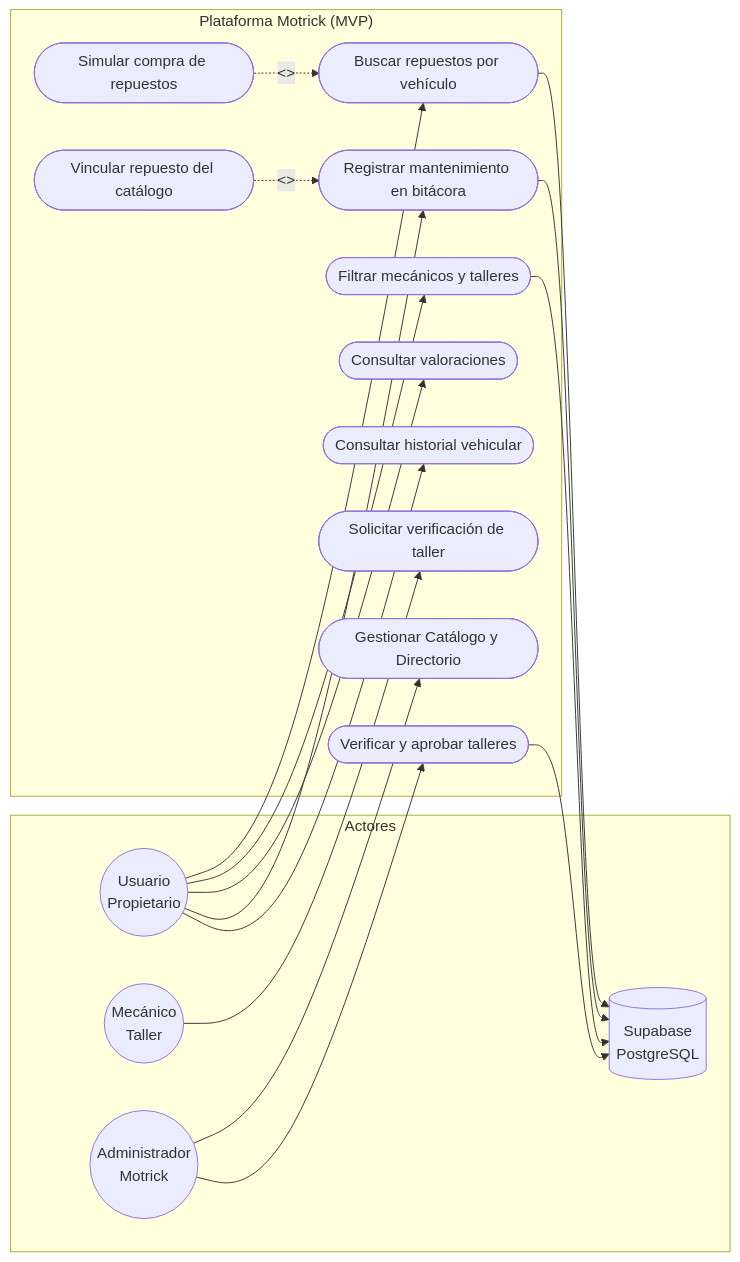
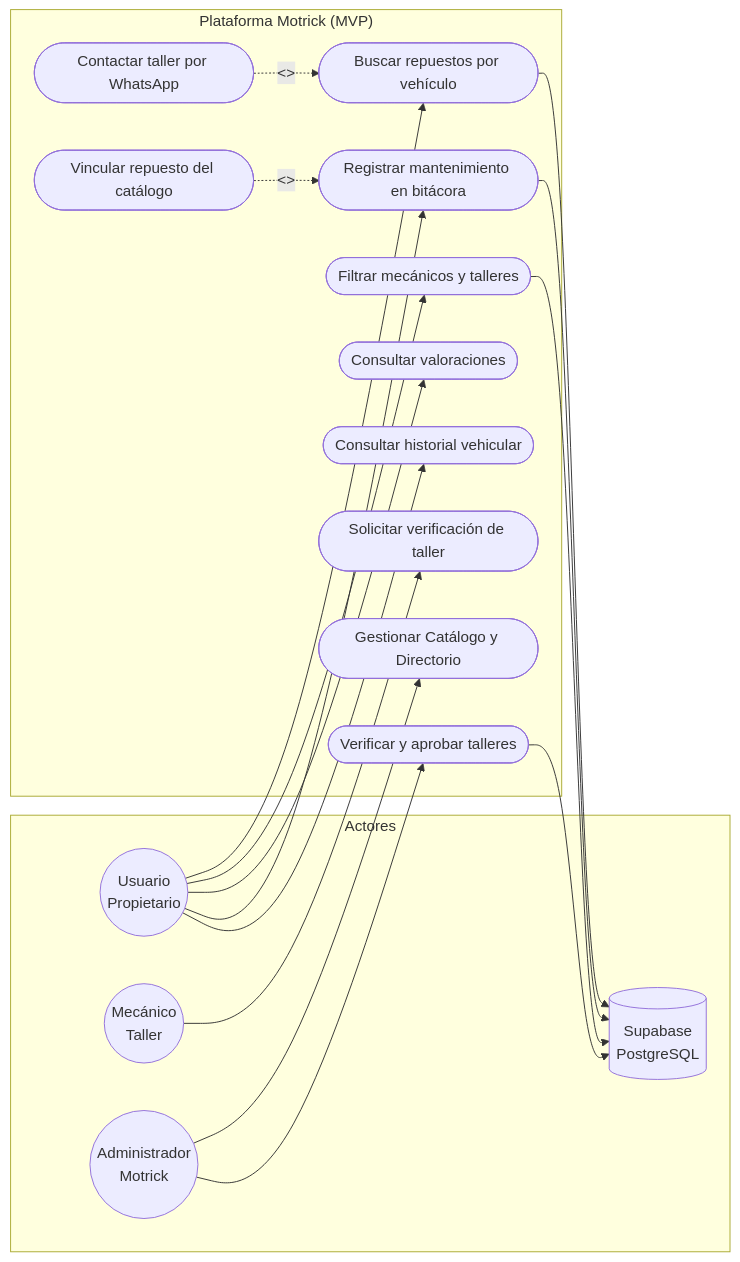
One commit to AlejoPB22/Motrik changed the diagram in assets/documentación/Documento_Final_Proyecto_de_Aula_Motrik.md. Above: the diagram before and after it, drawn with Mermaid. The commit also changed other lines of this file and 11 other files, not shown here.

Commit message:
docs: Actualizar diagramas UML Figura 1 y 5 y notas tecnicas al flujo B2B WhatsApp

````diff
--- a/assets/documentación/Documento_Final_Proyecto_de_Aula_Motrik.md
+++ b/assets/documentación/Documento_Final_Proyecto_de_Aula_Motrik.md
@@ -176,40 +176,40 @@
 ```mermaid
 flowchart LR
     subgraph Actores
         User(("Usuario\nPropietario"))
         Mech(("Mecánico\nTaller"))
         Admin(("Administrador\nMotrick"))
         Sys[("Supabase\nPostgreSQL")]
     end
 
     subgraph "Plataforma Motrick (MVP)"
         UC1(["Buscar repuestos por vehículo"])
-        UC2(["Simular compra de repuestos"])
+        UC2(["Contactar taller por WhatsApp"])
         UC3(["Filtrar mecánicos y talleres"])
         UC4(["Consultar valoraciones"])
         UC5(["Solicitar verificación de taller"])
         UC6(["Registrar mantenimiento en bitácora"])
         UC7(["Vincular repuesto del catálogo"])
         UC8(["Consultar historial vehicular"])
         UC9(["Gestionar Catálogo y Directorio"])
         UC10(["Verificar y aprobar talleres"])
     end
 
     User --> UC1
     User --> UC3
     User --> UC4
     User --> UC6
     User --> UC8
 
     UC2 -. "<<extend>>" .-> UC1
     UC7 -. "<<extend>>" .-> UC6
 
     Mech --> UC5
     Admin --> UC9
     Admin --> UC10
 
     UC1 --> Sys
     UC3 --> Sys
     UC6 --> Sys
     UC10 --> Sys
 ```
````
